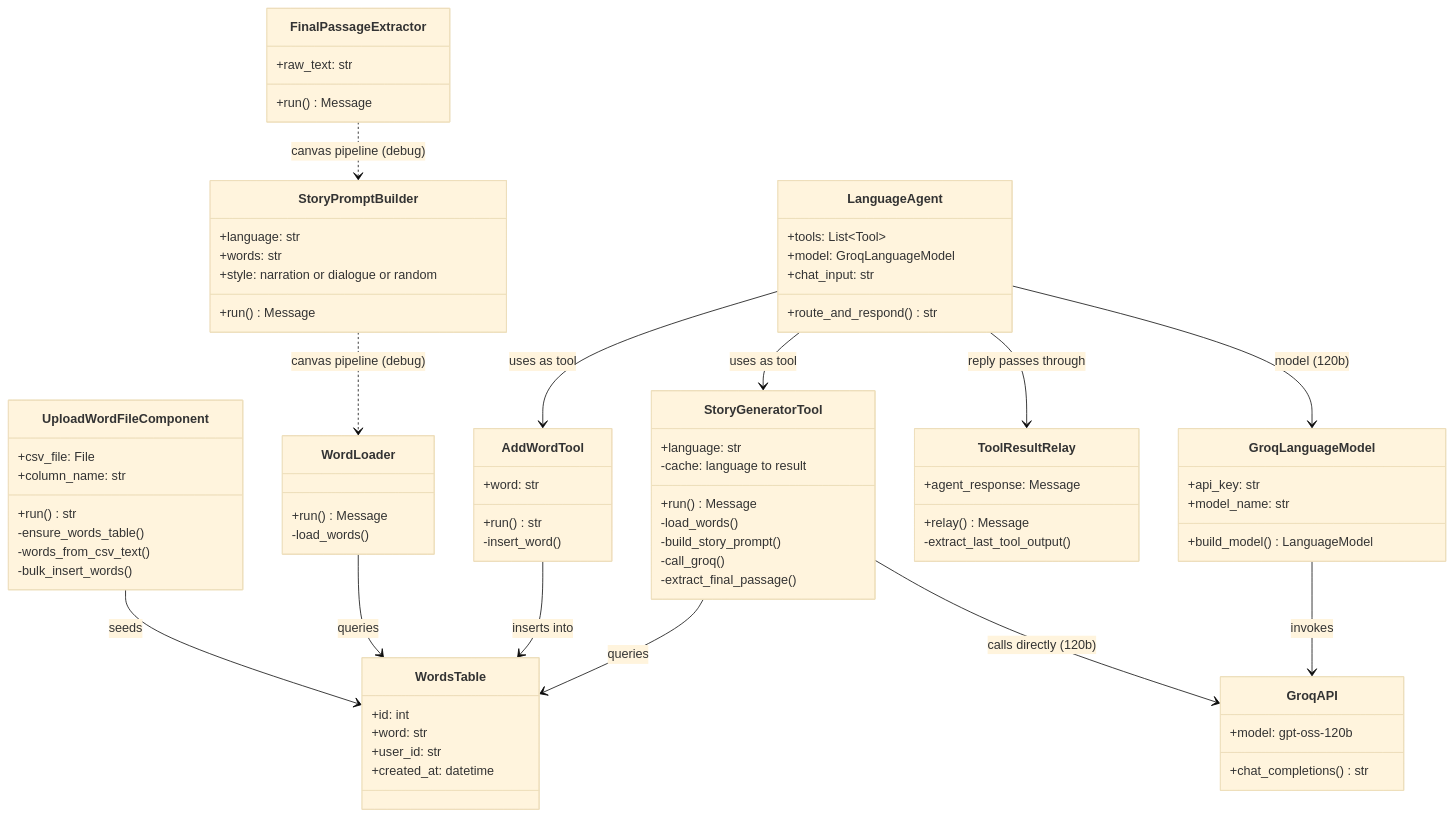
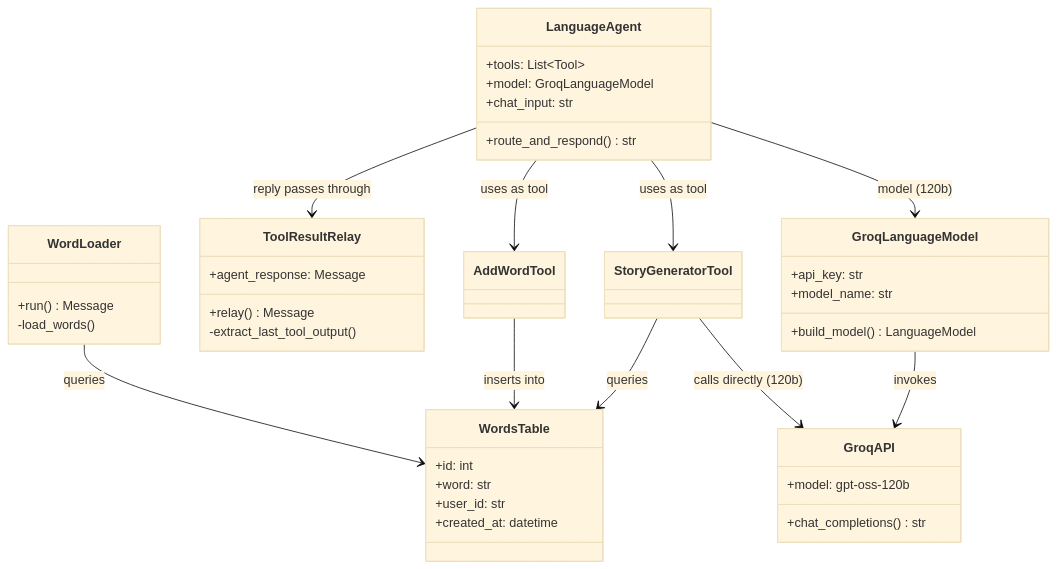
Before and after one commit to stanley-yang-2001/bpllc_project: the diagram in docs/class-diagram.md, drawn with Mermaid (base theme). The commit also changed other lines of this file and 16 other files, not shown here.

````diff
--- a/docs/class-diagram.md
+++ b/docs/class-diagram.md
@@ -3,45 +3,8 @@
 ```mermaid
 classDiagram
-    class UploadWordFileComponent {
-        +csv_file: File
-        +column_name: str
-        +run() str
-        -ensure_words_table()
-        -words_from_csv_text()
-        -bulk_insert_words()
-    }
-
-    class AddWordTool {
-        +word: str
-        +run() str
-        -insert_word()
-    }
-
-    class StoryGeneratorTool {
-        +language: str
-        +run() Message
-        -load_words()
-        -build_story_prompt()
-        -call_groq()
-        -extract_final_passage()
-        -cache: language to result
-    }
-
     class WordLoader {
         +run() Message
         -load_words()
-    }
-
-    class StoryPromptBuilder {
-        +language: str
-        +words: str
-        +style: narration or dialogue or random
-        +run() Message
-    }
-
-    class FinalPassageExtractor {
-        +raw_text: str
-        +run() Message
     }
 
     class LanguageAgent {
@@ -84,7 +47,4 @@
     StoryGeneratorTool --> WordsTable : queries
     AddWordTool --> WordsTable : inserts into
     WordLoader --> WordsTable : queries
-    UploadWordFileComponent --> WordsTable : seeds
-    StoryPromptBuilder ..> WordLoader : canvas pipeline (debug)
-    FinalPassageExtractor ..> StoryPromptBuilder : canvas pipeline (debug)
 ```
````
